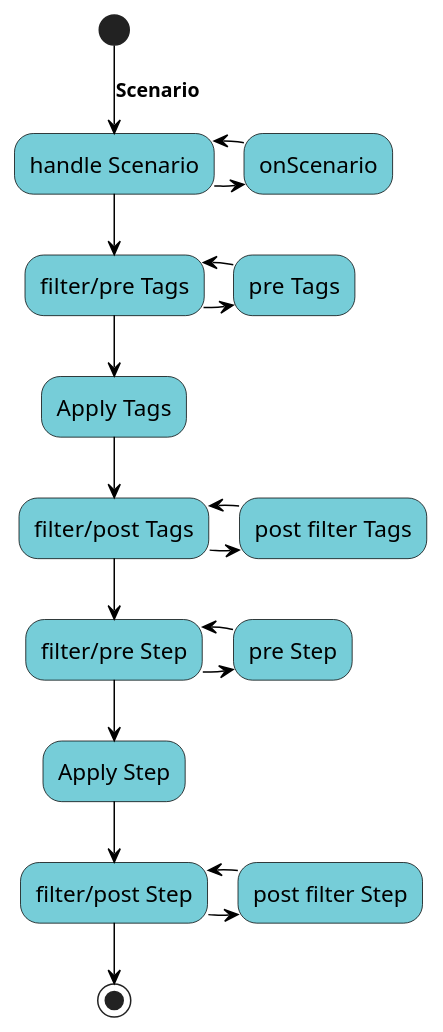
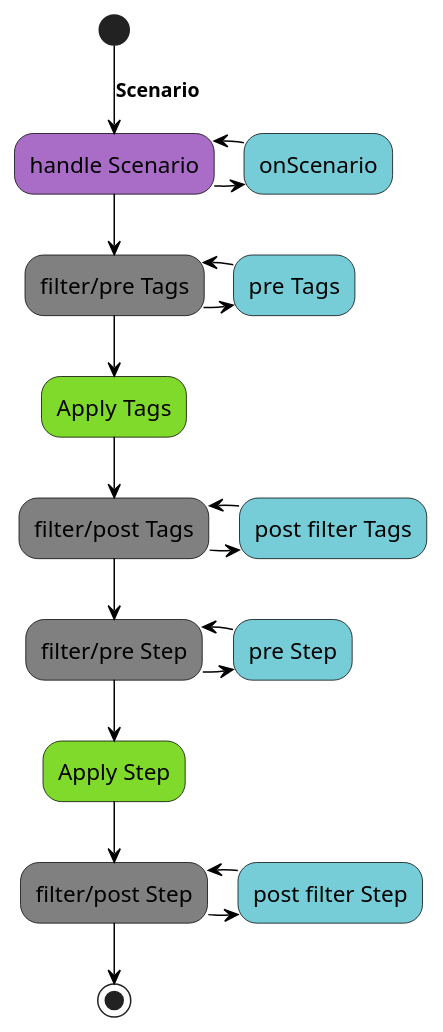
The diagram in src/data/scenario.puml (gherking/gherking-docs), drawn with PlantUML before and after one commit. The commit also changed 10 other files, not shown here.

Commit message:
plantuml visualization of the precompiler

```diff
--- a/src/data/scenario.puml
+++ b/src/data/scenario.puml
@@ -1,30 +1,33 @@
 @startuml
 skinparam activity {
 BackgroundColor #76CDD8
+BackgroundColor<<apply>> #80DA2B
+BackgroundColor<<filter>> #808080
+BackgroundColor<<handle>> #AA6DC7
 ArrowColor black
 ArrowFontSize 13
 ArrowFontStyle bold
 ArrowFontName Segoe UI
 BorderColor black
 FontName Segoe UI
 FontSize 15
 }
 (*) -->[Scenario] "handle Scenario"
 -right-> "onScenario"
--left-> "handle Scenario"
---> "filter/pre Tags"
+-left-> "handle Scenario"<<handle>>
+--> "filter/pre Tags"<<filter>>
 -right-> "pre Tags"
 -left-> "filter/pre Tags"
---> "Apply Tags"
---> "filter/post Tags"
+--> "Apply Tags"<<apply>>
+--> "filter/post Tags"<<filter>>
 -right-> "post filter Tags"
 -left-> "filter/post Tags"
 --> "filter/pre Step"
 -right-> "pre Step"
--left-> "filter/pre Step"
---> "Apply Step"
+-left-> "filter/pre Step"<<filter>>
+--> "Apply Step"<<apply>>
 --> "filter/post Step"
 -right-> "post filter Step"
--left-> "filter/post Step"
+-left-> "filter/post Step"<<filter>>
 --> (*)
 @enduml
```
